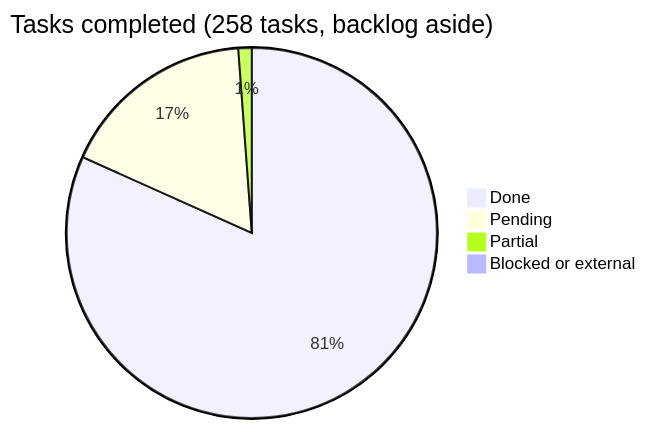
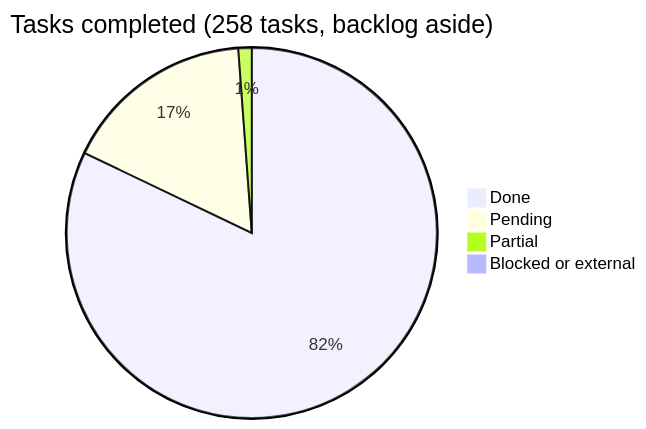
Before and after one commit to araguaney-org/araguaney-app: the diagram in docs/roadmap/README.md, drawn with Mermaid. The commit also changed other lines of this file and 4 other files, not shown here.

````diff
--- a/docs/roadmap/README.md
+++ b/docs/roadmap/README.md
@@ -43,7 +43,7 @@
 ```mermaid
 pie title Tasks completed (258 tasks, backlog aside)
-    "Done" : 210
-    "Pending" : 44
+    "Done" : 211
+    "Pending" : 43
     "Partial" : 3
     "Blocked or external" : 1
 ```
````
